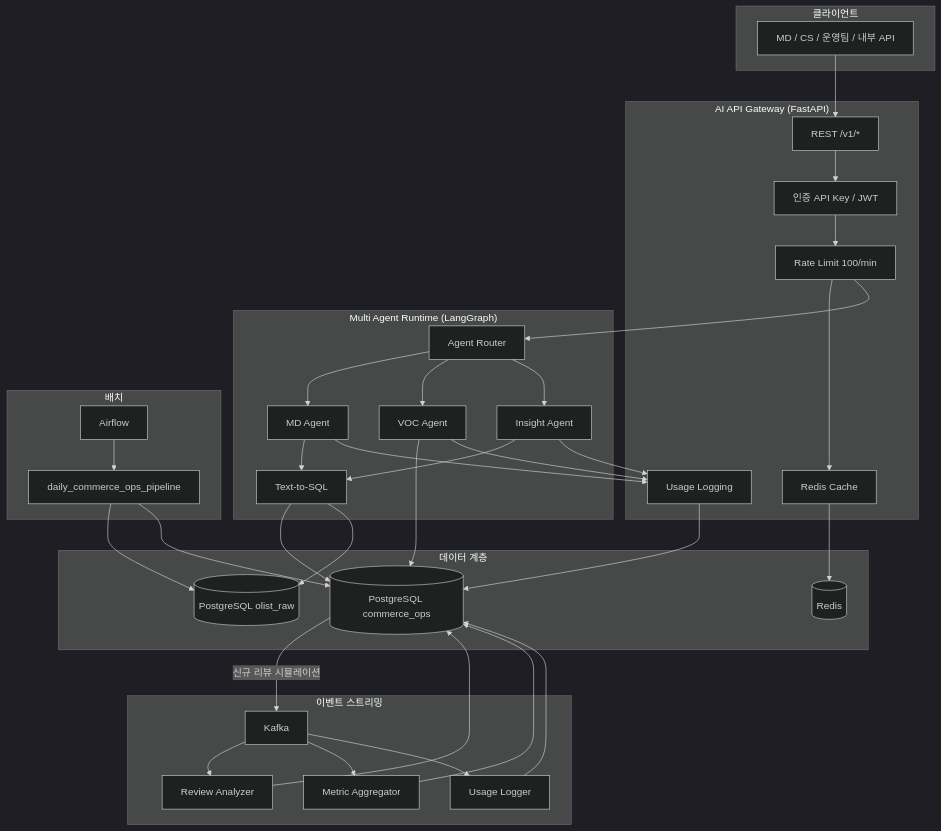
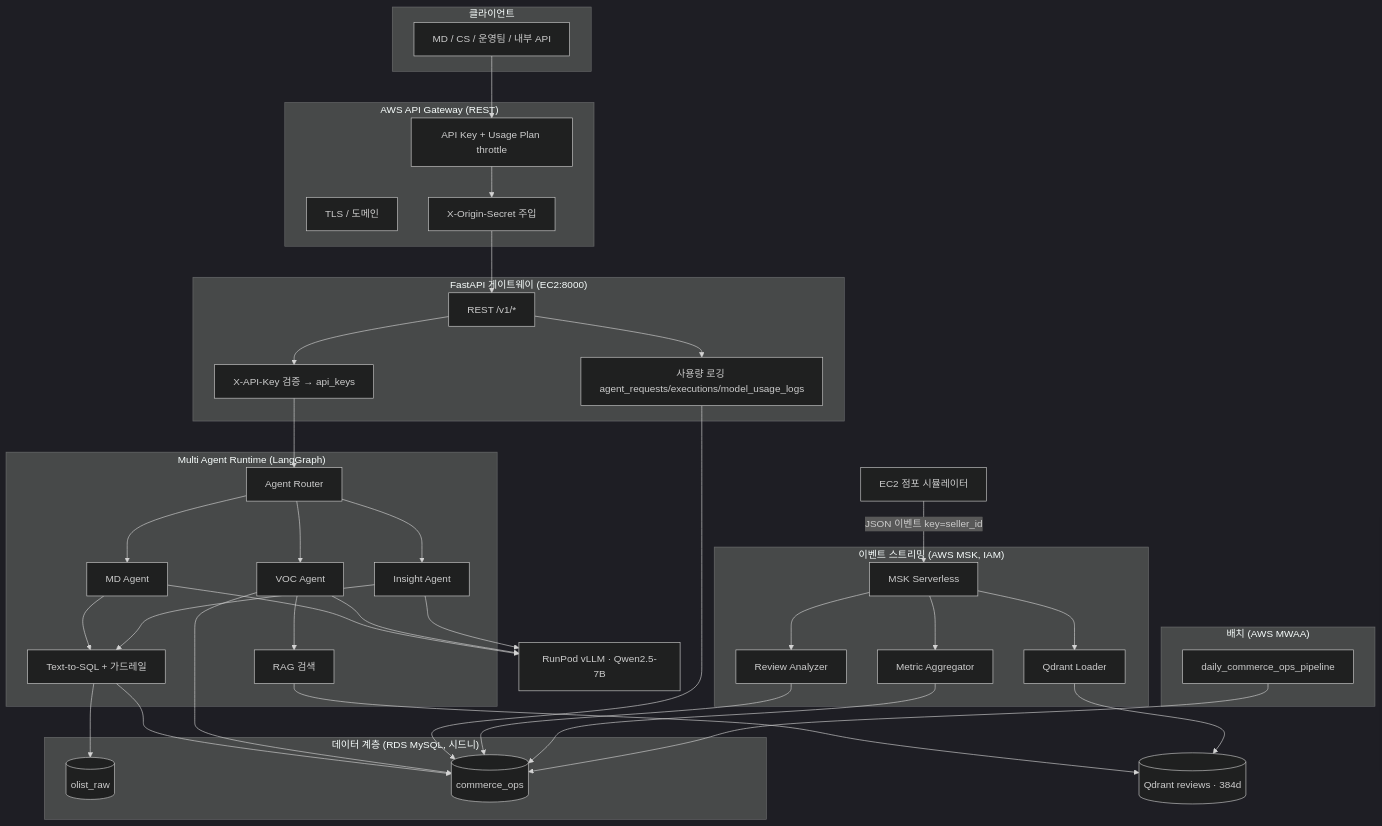
One commit to archdsp/AI_Commerce_Operation_Platform changed the first of 4 diagrams in docs/ARCHITECTURE.md. Above: the diagram before and after it, drawn with Mermaid (dark theme). The commit also changed other lines of this file and 1 other file, not shown here.

First line of the commit message:
docs(arch/deploy): ARCHITECTURE·DEPLOYMENT 본문 실제 스택 재작성 (REALIGNED v2.0)

````diff
--- a/docs/ARCHITECTURE.md
+++ b/docs/ARCHITECTURE.md
@@ -23,59 +24,64 @@
 ```mermaid
 flowchart TB
     subgraph Clients["클라이언트"]
         U[MD / CS / 운영팀 / 내부 API]
     end
 
-    subgraph Gateway["AI API Gateway (FastAPI)"]
-        AUTH[인증 API Key / JWT]
-        RL[Rate Limit 100/min]
-        CACHE[Redis Cache]
-        USAGE[Usage Logging]
+    subgraph Edge["AWS API Gateway (REST)"]
+        APIKEY[API Key + Usage Plan throttle]
+        TLS[TLS / 도메인]
+        ORIGIN[X-Origin-Secret 주입]
+    end
+
+    subgraph Gateway["FastAPI 게이트웨이 (EC2:8000)"]
+        AUTH[X-API-Key 검증 → api_keys]
         API[REST /v1/*]
+        USAGE[사용량 로깅 agent_requests/executions/model_usage_logs]
     end
 
     subgraph Agents["Multi Agent Runtime (LangGraph)"]
         ROUTER[Agent Router]
         MD[MD Agent]
         VOC[VOC Agent]
         INS[Insight Agent]
-        T2SQL[Text-to-SQL]
+        T2SQL[Text-to-SQL + 가드레일]
+        RAG[RAG 검색]
     end
 
-    subgraph Data["데이터 계층"]
-        PG_RAW[(PostgreSQL olist_raw)]
-        PG_OPS[(PostgreSQL commerce_ops)]
-        REDIS[(Redis)]
+    subgraph Data["데이터 계층 (RDS MySQL, 시드니)"]
+        MYSQL_RAW[(olist_raw)]
+        MYSQL_OPS[(commerce_ops)]
+    end
+    QDRANT[(Qdrant reviews · 384d)]
+    VLLM[RunPod vLLM · Qwen2.5-7B]
+
+    subgraph Events["이벤트 스트리밍 (AWS MSK, IAM)"]
+        MSK[MSK Serverless]
+        RA[Review Analyzer]
+        MA[Metric Aggregator]
+        QL[Qdrant Loader]
     end
 
-    subgraph Events["이벤트 스트리밍"]
-        KAFKA[Kafka]
-        RA[Review Analyzer]
-        MA[Metric Aggregator]
-        UL[Usage Logger]
-    end
+    SIM[EC2 점포 시뮬레이터]
 
-    subgraph Batch["배치"]
-        AF[Airflow]
+    subgraph Batch["배치 (AWS MWAA)"]
         DAG[daily_commerce_ops_pipeline]
     end
 
-    U --> API
-    API --> AUTH --> RL --> CACHE
-    RL --> ROUTER
-    CACHE --> REDIS
+    U --> APIKEY --> ORIGIN --> API
+    API --> AUTH --> ROUTER
     ROUTER --> MD & VOC & INS
-    MD & INS --> T2SQL --> PG_OPS
-    VOC --> PG_OPS
-    T2SQL --> PG_RAW
-    MD & VOC & INS --> USAGE --> PG_OPS
+    MD & INS --> T2SQL --> MYSQL_OPS
+    T2SQL --> MYSQL_RAW
+    VOC --> RAG --> QDRANT
+    VOC --> MYSQL_OPS
+    MD & VOC & INS --> VLLM
+    API --> USAGE --> MYSQL_OPS
 
-    PG_OPS -->|신규 리뷰 시뮬레이션| KAFKA
-    KAFKA --> RA & MA & UL
-    RA & MA --> PG_OPS
-    UL --> PG_OPS
-
-    AF --> DAG
-    DAG --> PG_RAW
-    DAG --> PG_OPS
+    SIM -->|JSON 이벤트 key=seller_id| MSK
+    MSK --> RA & MA & QL
+    RA --> MYSQL_OPS
+    MA --> MYSQL_OPS
+    QL --> QDRANT
+    DAG --> MYSQL_OPS
 ```
````
